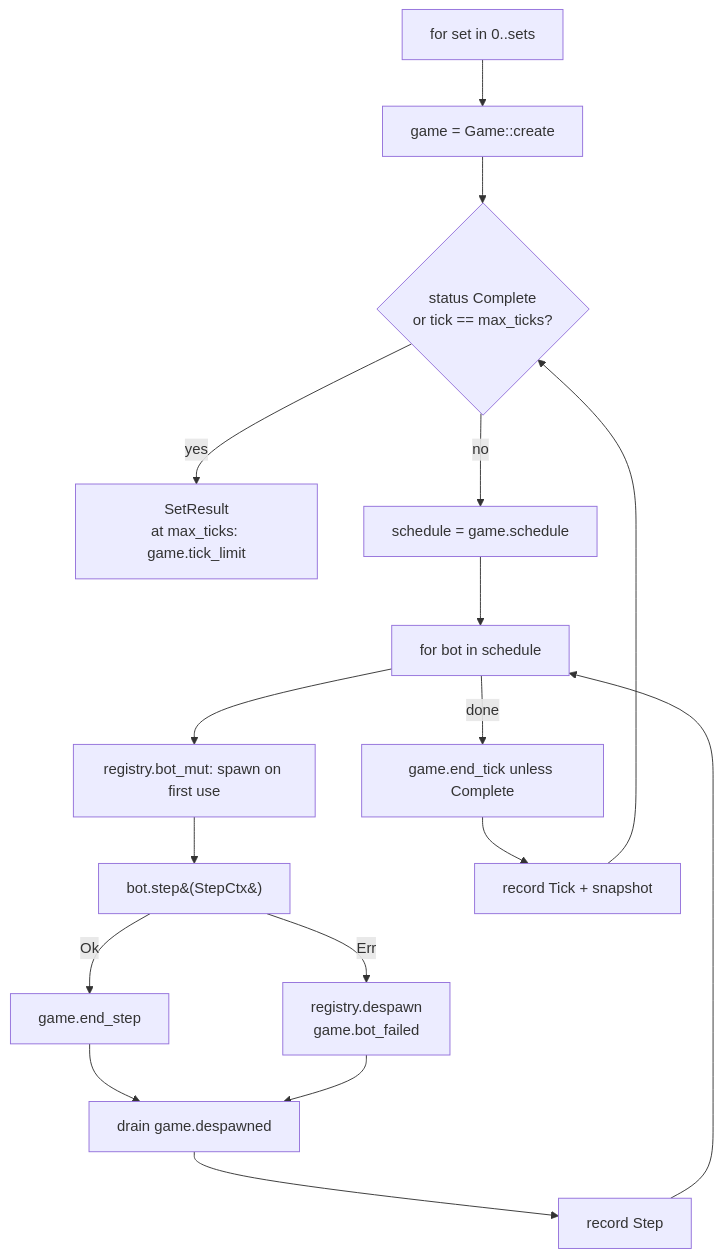
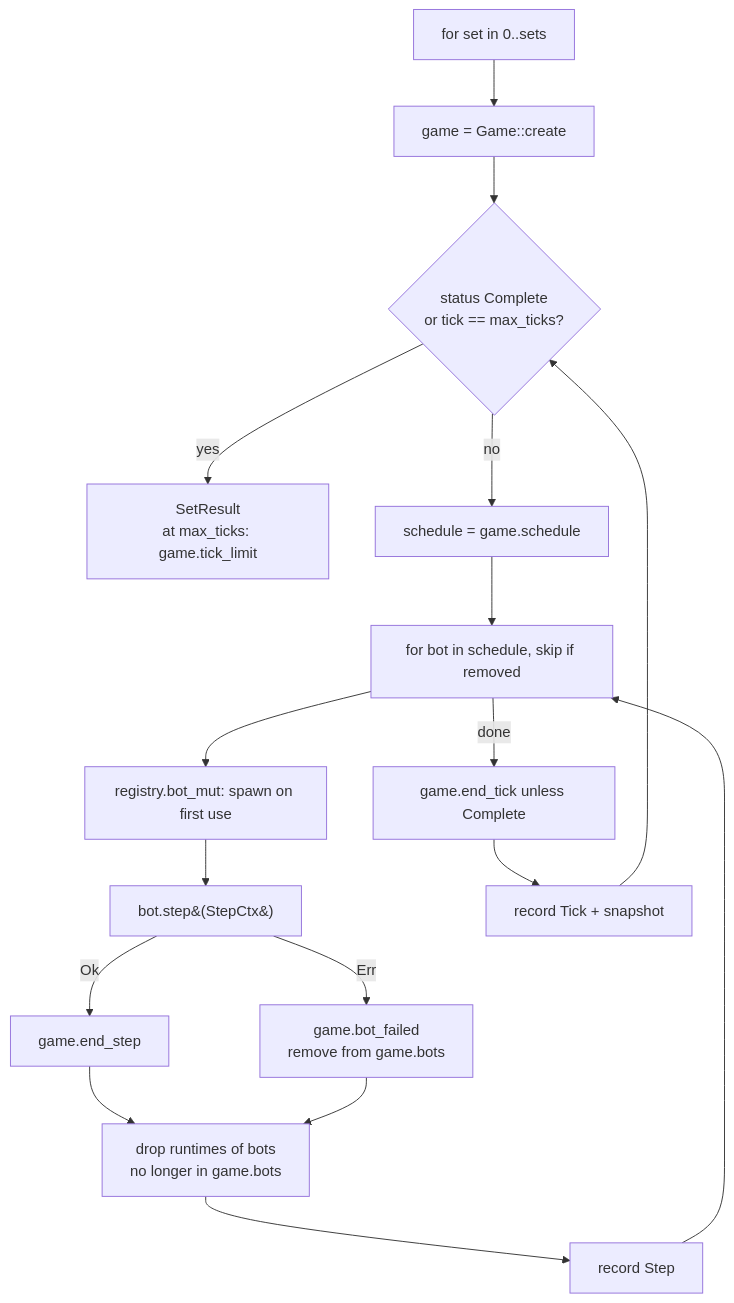
One commit to aheschl1/ucalgarybc2027 changed the second of 4 diagrams in docs/engine.md. Above: the diagram before and after it, drawn with Mermaid. The commit also changed other lines of this file and 29 other files, not shown here.

````diff
--- a/docs/engine.md
+++ b/docs/engine.md
@@ -36,19 +36,19 @@
 ```mermaid
 flowchart TD
     A[for set in 0..sets] --> B[game = Game::create]
     B --> C{status Complete<br/>or tick == max_ticks?}
     C -- yes --> Z[SetResult<br/>at max_ticks: game.tick_limit]
     C -- no --> D[schedule = game.schedule]
-    D --> E[for bot in schedule]
+    D --> E[for bot in schedule, skip if removed]
     E --> G[registry.bot_mut: spawn on first use]
     G --> H[bot.step&#40;StepCtx&#41;]
     H -- Ok --> I[game.end_step]
-    H -- Err --> J[registry.despawn<br/>game.bot_failed]
-    I --> K[drain game.despawned]
+    H -- Err --> J[game.bot_failed<br/>remove from game.bots]
+    I --> K[drop runtimes of bots<br/>no longer in game.bots]
     J --> K
     K --> L[record Step]
     L --> E
     E -- done --> M[game.end_tick unless Complete]
     M --> N[record Tick + snapshot]
     N --> C
 ```
````
